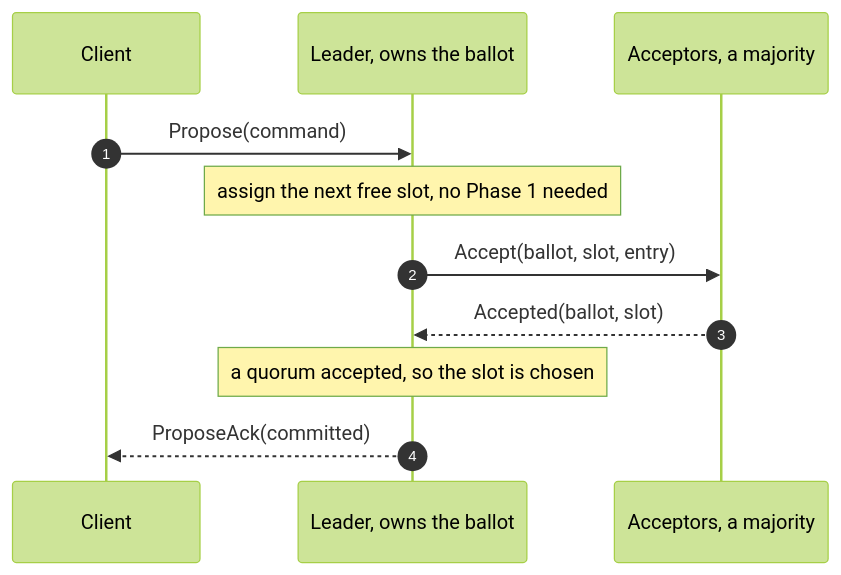
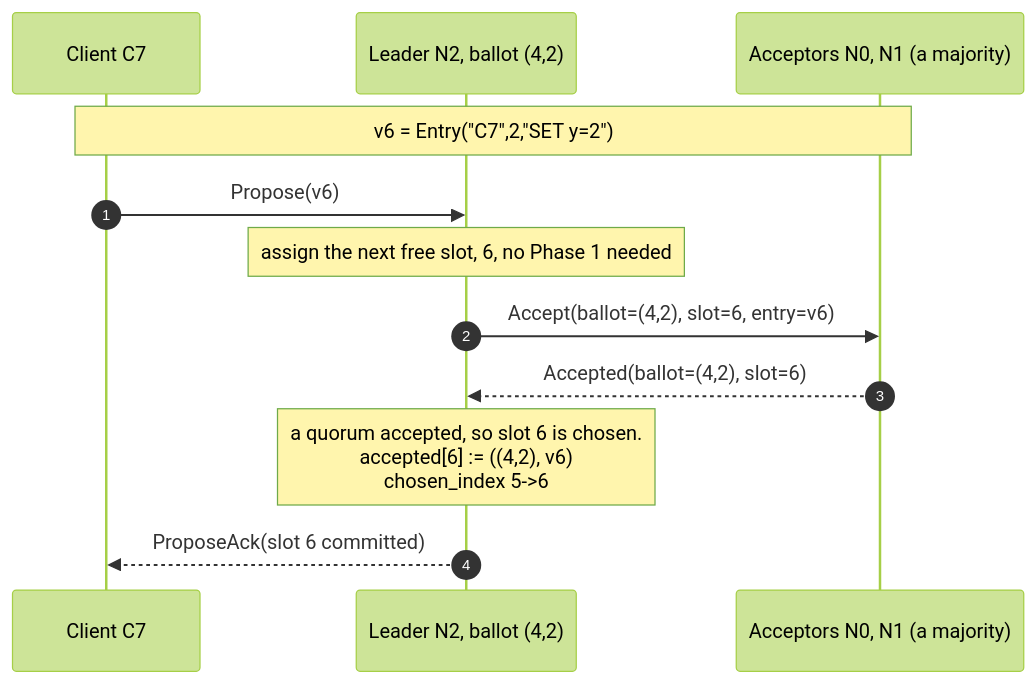
One commit to PierreZ/paros changed the second of 5 diagrams in book/src/stable-leader.md. Above: the diagram before and after it, drawn with Mermaid (forest theme). The commit also changed other lines of this file and 5 other files, not shown here.

````diff
--- a/book/src/stable-leader.md
+++ b/book/src/stable-leader.md
@@ -84,13 +87,14 @@
 ```mermaid
 sequenceDiagram
     autonumber
-    participant Cl as Client
-    participant L as Leader, owns the ballot
-    participant A as Acceptors, a majority
-    Cl->>L: Propose(command)
-    Note over L: assign the next free slot, no Phase 1 needed
-    L->>A: Accept(ballot, slot, entry)
-    A-->>L: Accepted(ballot, slot)
-    Note over L: a quorum accepted, so the slot is chosen
-    L-->>Cl: ProposeAck(committed)
+    participant Cl as Client C7
+    participant L as Leader N2, ballot (4,2)
+    participant A as Acceptors N0, N1 (a majority)
+    Note over Cl,A: v6 = Entry("C7",2,"SET y=2")
+    Cl->>L: Propose(v6)
+    Note over L: assign the next free slot, 6, no Phase 1 needed
+    L->>A: Accept(ballot=(4,2), slot=6, entry=v6)
+    A-->>L: Accepted(ballot=(4,2), slot=6)
+    Note over L: a quorum accepted, so slot 6 is chosen.<br/>accepted[6] := ((4,2), v6)<br/>chosen_index 5->6
+    L-->>Cl: ProposeAck(slot 6 committed)
 ```
````
